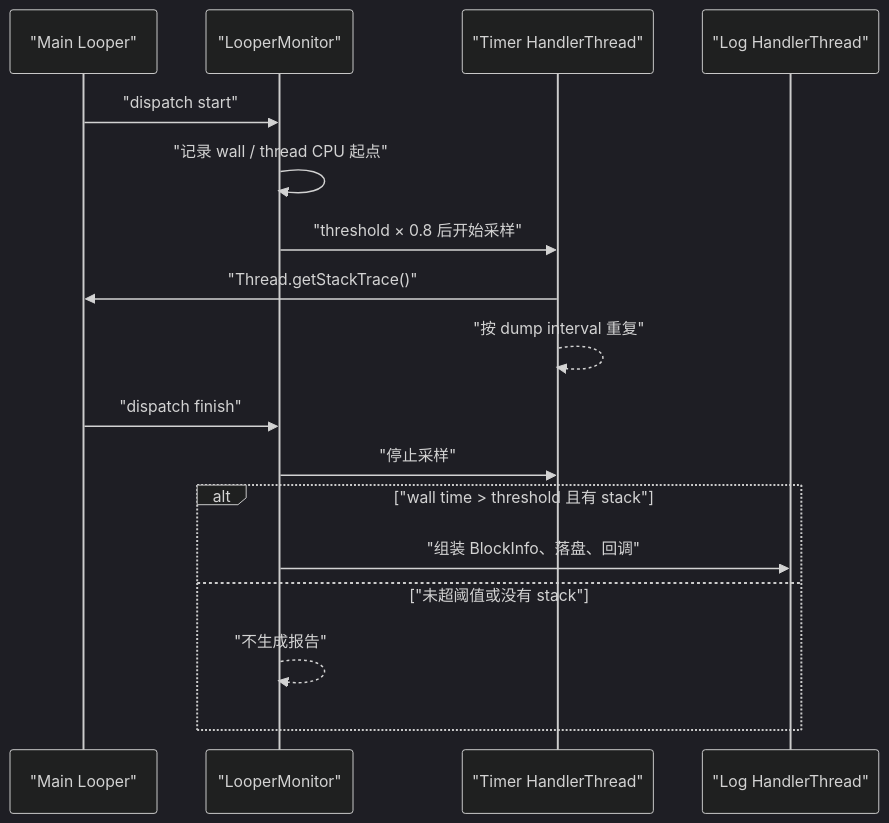
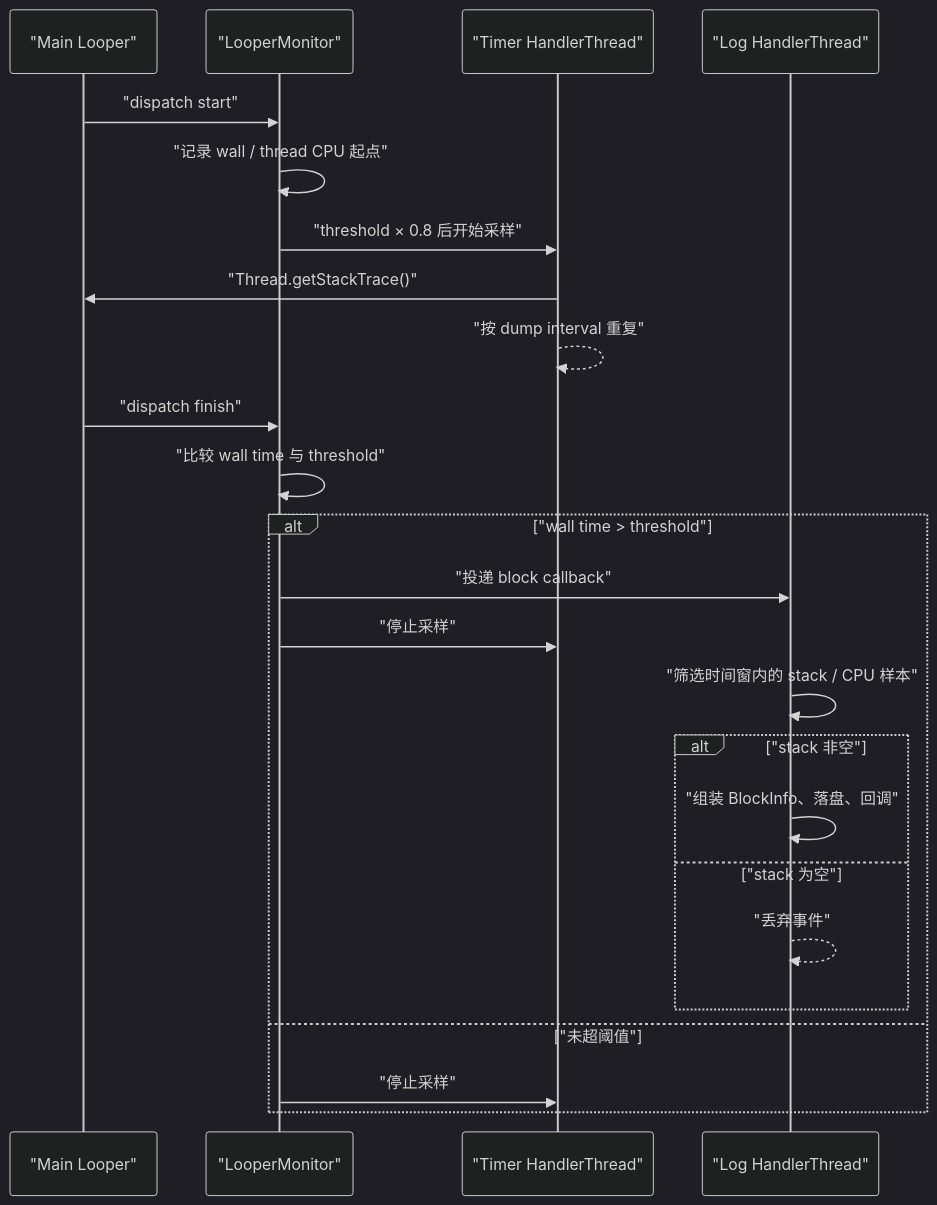
One commit to Gracker/android-internals-wiki changed the diagram in src/part3-tools/ch19-apm/06-blockcanary.md. Above: the diagram before and after it, drawn with Mermaid (dark theme). The commit also changed other lines of this file, not shown here.

Commit message:
docs: review BlockCanary for Android 17

````diff
--- a/src/part3-tools/ch19-apm/06-blockcanary.md
+++ b/src/part3-tools/ch19-apm/06-blockcanary.md
@@ -146,20 +146,27 @@
 ```mermaid
 sequenceDiagram
     participant L as "Main Looper"
     participant M as "LooperMonitor"
     participant S as "Timer HandlerThread"
     participant W as "Log HandlerThread"
 
     L->>M: "dispatch start"
     M->>M: "记录 wall / thread CPU 起点"
     M->>S: "threshold × 0.8 后开始采样"
     S->>L: "Thread.getStackTrace()"
     S-->>S: "按 dump interval 重复"
     L->>M: "dispatch finish"
-    M->>S: "停止采样"
-    alt "wall time > threshold 且有 stack"
-        M->>W: "组装 BlockInfo、落盘、回调"
-    else "未超阈值或没有 stack"
-        M-->>M: "不生成报告"
+    M->>M: "比较 wall time 与 threshold"
+    alt "wall time > threshold"
+        M->>W: "投递 block callback"
+        M->>S: "停止采样"
+        W->>W: "筛选时间窗内的 stack / CPU 样本"
+        alt "stack 非空"
+            W->>W: "组装 BlockInfo、落盘、回调"
+        else "stack 为空"
+            W-->>W: "丢弃事件"
+        end
+    else "未超阈值"
+        M->>S: "停止采样"
     end
 ```
````
